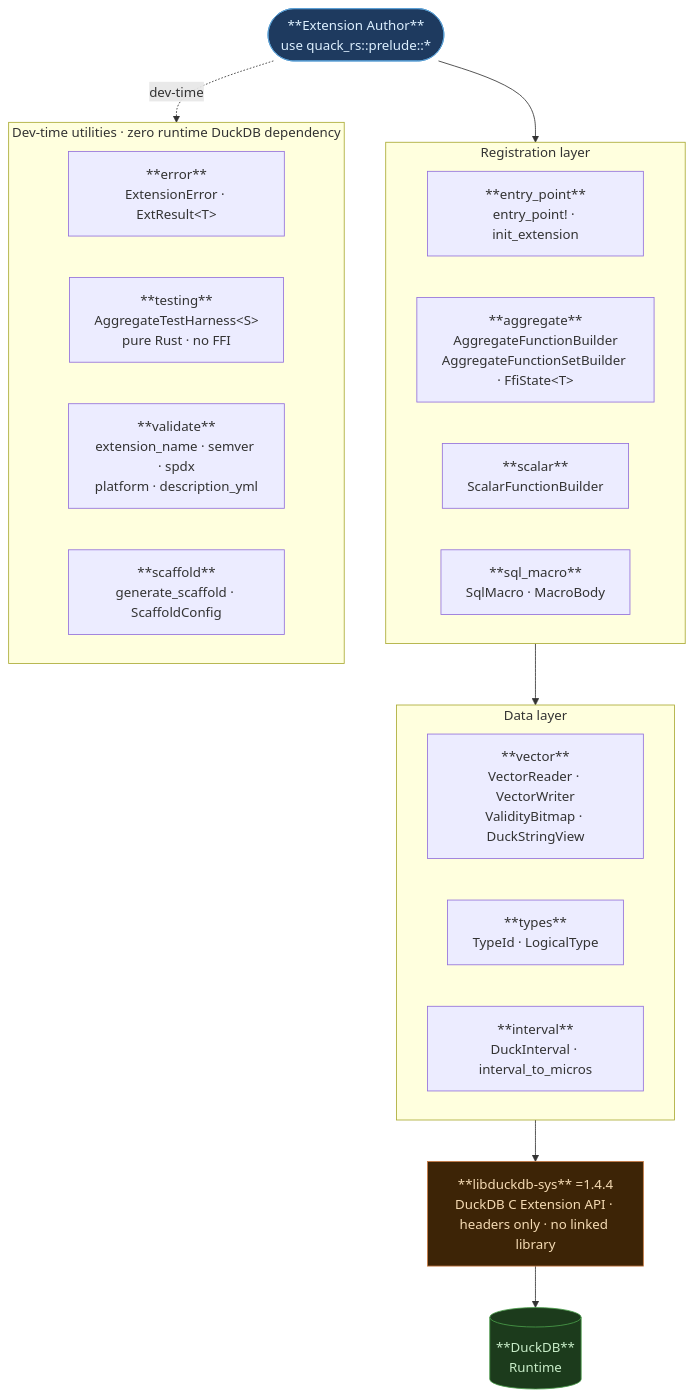
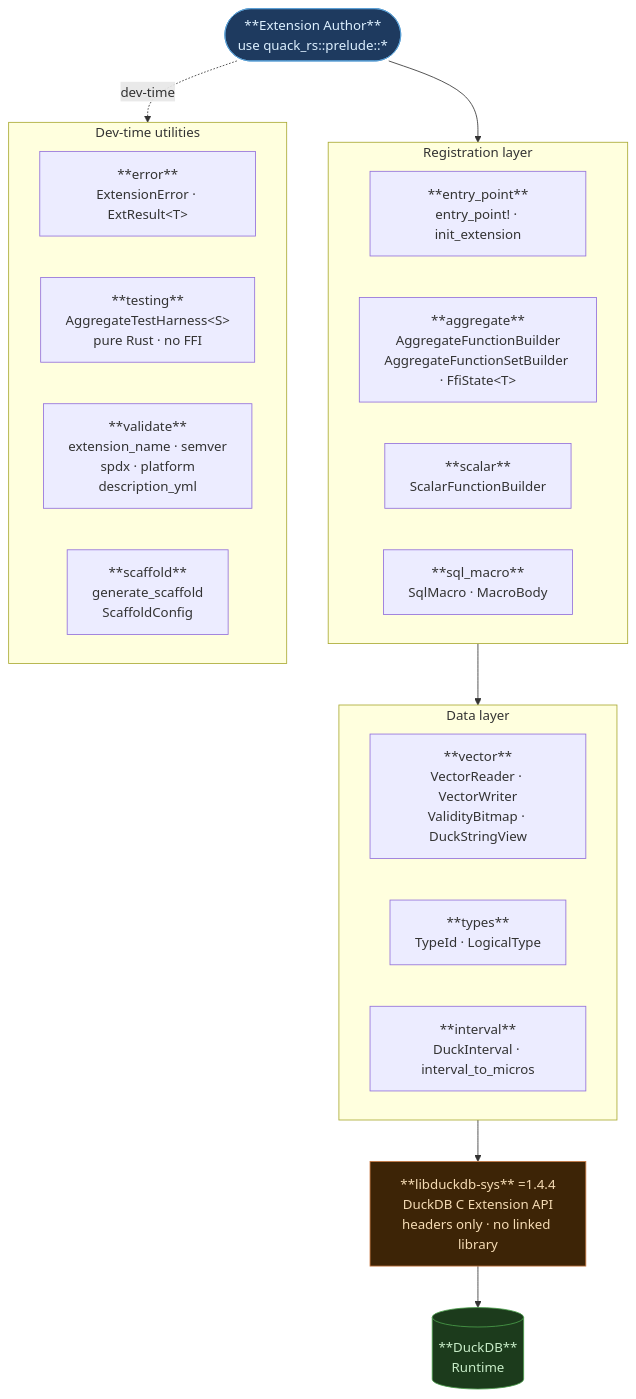
Before and after one commit to tomtom215/quack-rs: the diagram in README.md, drawn with Mermaid.

Commit message:
docs: fix text wrapping in architecture diagram
Three clipped/orphaned-word issues identified from the rendered output:

1. DEV subgraph title "Dev-time utilities · zero runtime DuckDB dependency"
   overflows the box header, clipping "runtime DuckDB" behind the border.
   → Shortened to "Dev-time utilities" (the dependency note is implicit
     from the node descriptions themselves).

2. validate node: "extension_name · semver · spdx" wrapped at a bad point,
   leaving "spdx" stranded on its own line.
   → Explicit <br/> after "semver" keeps extension_name·semver together,
     and "spdx · platform" together on the next line.

3. libduckdb-sys node: "DuckDB C Extension API · headers only · no linked library"
   wrapped so "library" sat alone on line 4.
   → Explicit <br/> after "DuckDB C Extension API" controls the break so
     "headers only · no linked library" lands as one coherent line.

https://claude.ai/code/session_013AxxARgghYb4AWBeYBSFZs

````diff
--- a/README.md
+++ b/README.md
@@ -483,41 +483,41 @@
 ```mermaid
 flowchart TB
     Author(["**Extension Author**<br/>use quack_rs::prelude::*"]):::author
 
     subgraph REG ["Registration layer"]
         direction LR
         EP["**entry_point**<br/>entry_point! · init_extension"]
         AGG["**aggregate**<br/>AggregateFunctionBuilder<br/>AggregateFunctionSetBuilder · FfiState&lt;T&gt;"]
         SCL["**scalar**<br/>ScalarFunctionBuilder"]
         SM["**sql_macro**<br/>SqlMacro · MacroBody"]
     end
 
     subgraph DATA ["Data layer"]
         direction LR
         VEC["**vector**<br/>VectorReader · VectorWriter<br/>ValidityBitmap · DuckStringView"]
         TYP["**types**<br/>TypeId · LogicalType"]
         INT["**interval**<br/>DuckInterval · interval_to_micros"]
     end
 
-    SYS["**libduckdb-sys** =1.4.4<br/>DuckDB C Extension API · headers only · no linked library"]:::ffi
+    SYS["**libduckdb-sys** =1.4.4<br/>DuckDB C Extension API<br/>headers only · no linked library"]:::ffi
 
     RT[("**DuckDB**<br/>Runtime")]:::duckdb
 
-    subgraph DEV ["Dev-time utilities · zero runtime DuckDB dependency"]
+    subgraph DEV ["Dev-time utilities"]
         direction LR
         ERR["**error**<br/>ExtensionError · ExtResult&lt;T&gt;"]
         TST["**testing**<br/>AggregateTestHarness&lt;S&gt;<br/>pure Rust · no FFI"]
-        VAL["**validate**<br/>extension_name · semver · spdx<br/>platform · description_yml"]
-        SCF["**scaffold**<br/>generate_scaffold · ScaffoldConfig"]
+        VAL["**validate**<br/>extension_name · semver<br/>spdx · platform<br/>description_yml"]
+        SCF["**scaffold**<br/>generate_scaffold<br/>ScaffoldConfig"]
     end
 
     Author --> REG
     REG    --> DATA
     DATA   --> SYS
     SYS    --> RT
     Author -.->|"dev-time"| DEV
 
     classDef author fill:#1e3a5f,stroke:#5a9fd4,color:#ddf0ff
     classDef ffi fill:#3d2406,stroke:#c87941,color:#f5dbb4
     classDef duckdb fill:#1c3b1c,stroke:#4a9e4a,color:#c8ecc8
 ```
````
